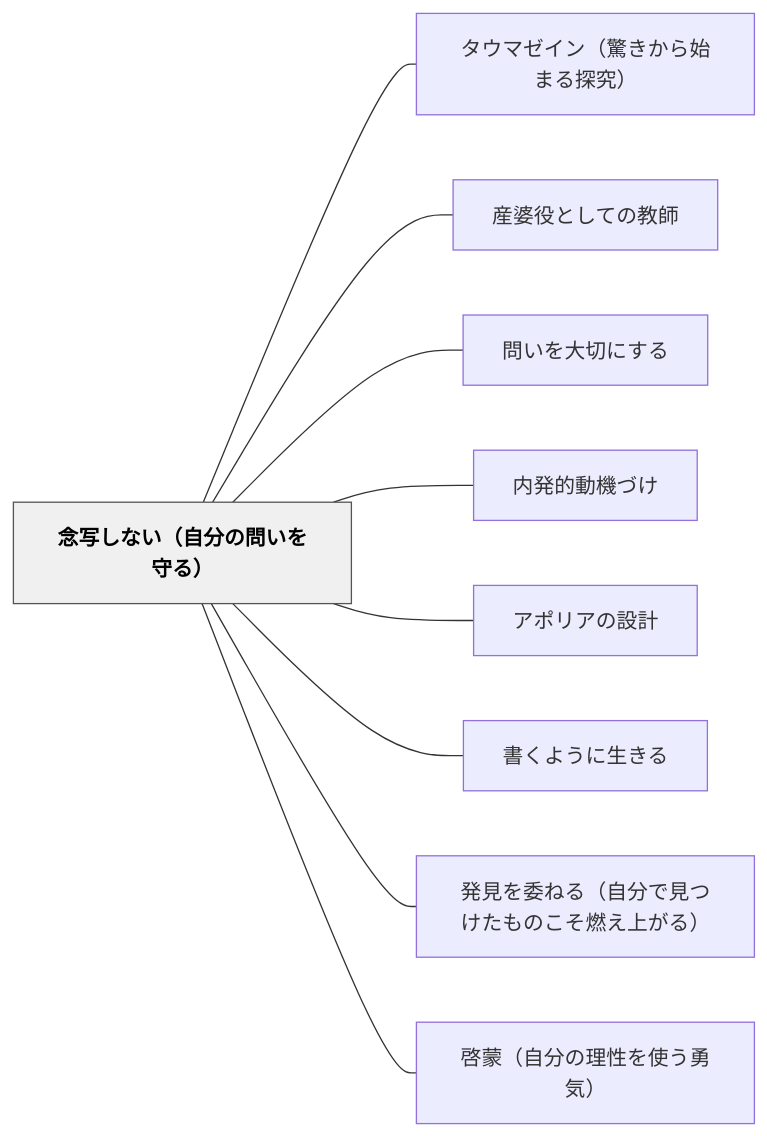
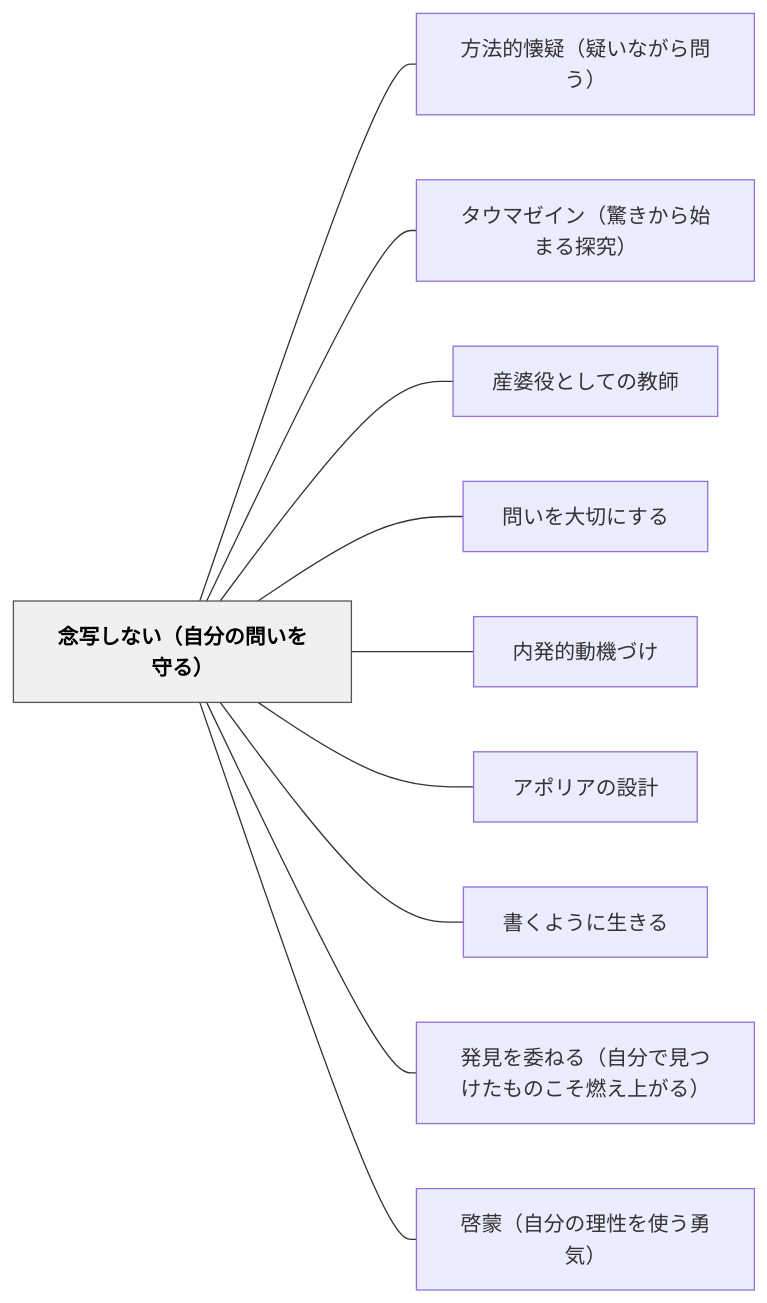
The diagram in content/パタン/念写しない（自分の問いを守る）.md (unknownthings-ed-patterns/unknownthings-ed-patterns), drawn with Mermaid before and after one commit. The commit also changed other lines of this file and 185 other files, not shown here.

````diff
--- a/content/パタン/念写しない（自分の問いを守る）.md
+++ b/content/パタン/念写しない（自分の問いを守る）.md
@@ -129,24 +130,26 @@
 ```mermaid
 flowchart LR
     ne5bfb5e58699e38197e381aae38184efbc88e887aae58886e381aee5958fe38184e38292e5ae88e3828befbc89["念写しない（自分の問いを守る）"]
+    ne696b9e6b395e79a84e68790e79691efbc88e79691e38184e381aae3818ce38289e5958fe38186efbc89["方法的懐疑（疑いながら問う）"]
     ne382bfe382a6e3839ee382bce382a4e383b3efbc88e9a99ae3818de3818be38289e5a78be381bee3828be68ea2e7a9b6efbc89["タウマゼイン（驚きから始まる探究）"]
     ne794a3e5a986e5bdb9e381a8e38197e381a6e381aee69599e5b8ab["産婆役としての教師"]
     ne5958fe38184e38292e5a4a7e58887e381abe38199e3828b["問いを大切にする"]
     ne58685e799bae79a84e58b95e6a99fe381a5e38191["内発的動機づけ"]
     ne382a2e3839de383aae382a2e381aee8a8ade8a888["アポリアの設計"]
     ne69bb8e3818fe38288e38186e381abe7949fe3818de3828b["書くように生きる"]
     ne799bae8a68be38292e5a794e381ade3828befbc88e887aae58886e381a7e8a68be381a4e38191e3819fe38282e381aee38193e3819de78783e38188e4b88ae3818ce3828befbc89["発見を委ねる（自分で見つけたものこそ燃え上がる）"]
     ne59593e89299efbc88e887aae58886e381aee79086e680a7e38292e4bdbfe38186e58b87e6b097efbc89["啓蒙（自分の理性を使う勇気）"]
 
+    ne5bfb5e58699e38197e381aae38184efbc88e887aae58886e381aee5958fe38184e38292e5ae88e3828befbc89 --- ne696b9e6b395e79a84e68790e79691efbc88e79691e38184e381aae3818ce38289e5958fe38186efbc89
     ne5bfb5e58699e38197e381aae38184efbc88e887aae58886e381aee5958fe38184e38292e5ae88e3828befbc89 --- ne382bfe382a6e3839ee382bce382a4e383b3efbc88e9a99ae3818de3818be38289e5a78be381bee3828be68ea2e7a9b6efbc89
     ne5bfb5e58699e38197e381aae38184efbc88e887aae58886e381aee5958fe38184e38292e5ae88e3828befbc89 --- ne794a3e5a986e5bdb9e381a8e38197e381a6e381aee69599e5b8ab
     ne5bfb5e58699e38197e381aae38184efbc88e887aae58886e381aee5958fe38184e38292e5ae88e3828befbc89 --- ne5958fe38184e38292e5a4a7e58887e381abe38199e3828b
     ne5bfb5e58699e38197e381aae38184efbc88e887aae58886e381aee5958fe38184e38292e5ae88e3828befbc89 --- ne58685e799bae79a84e58b95e6a99fe381a5e38191
     ne5bfb5e58699e38197e381aae38184efbc88e887aae58886e381aee5958fe38184e38292e5ae88e3828befbc89 --- ne382a2e3839de383aae382a2e381aee8a8ade8a888
     ne5bfb5e58699e38197e381aae38184efbc88e887aae58886e381aee5958fe38184e38292e5ae88e3828befbc89 --- ne69bb8e3818fe38288e38186e381abe7949fe3818de3828b
     ne5bfb5e58699e38197e381aae38184efbc88e887aae58886e381aee5958fe38184e38292e5ae88e3828befbc89 --- ne799bae8a68be38292e5a794e381ade3828befbc88e887aae58886e381a7e8a68be381a4e38191e3819fe38282e381aee38193e3819de78783e38188e4b88ae3818ce3828befbc89
     ne5bfb5e58699e38197e381aae38184efbc88e887aae58886e381aee5958fe38184e38292e5ae88e3828befbc89 --- ne59593e89299efbc88e887aae58886e381aee79086e680a7e38292e4bdbfe38186e58b87e6b097efbc89
 
     classDef hub fill:#f0f0f0,stroke:#555,color:#000,font-weight:bold
     class ne5bfb5e58699e38197e381aae38184efbc88e887aae58886e381aee5958fe38184e38292e5ae88e3828befbc89 hub
 ```
````
